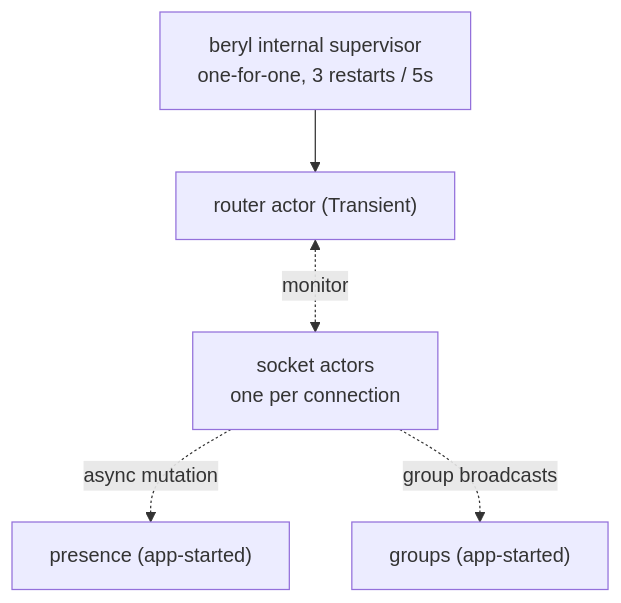
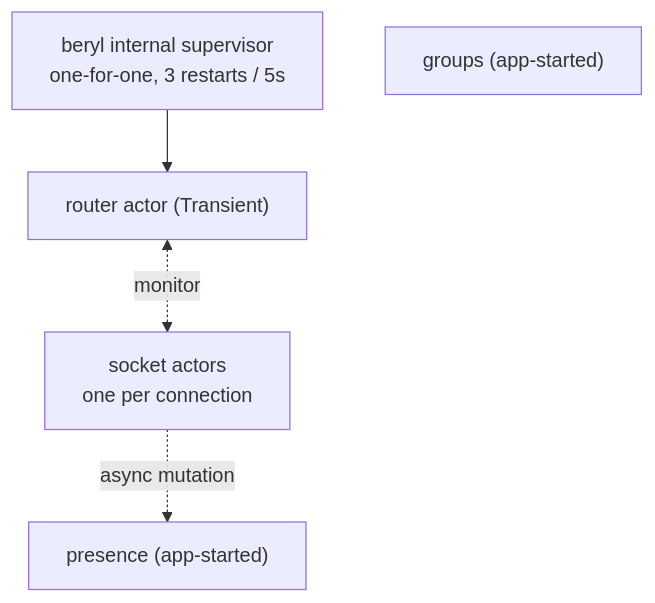
The second of 2 diagrams in website/src/content/docs/architecture/overview.md (tylerbutler/beryl), drawn with Mermaid before and after one commit. The commit also changed other lines of this file and 19 other files, not shown here.

````diff
--- a/website/src/content/docs/architecture/overview.md
+++ b/website/src/content/docs/architecture/overview.md
@@ -69,10 +69,9 @@
 ```mermaid
 flowchart TB
   S["beryl internal supervisor<br/>one-for-one, 3 restarts / 5s"]
   S --> RT["router actor (Transient)"]
   RT <-. "monitor" .-> SA["socket actors<br/>one per connection"]
   PR["presence (app-started)"]
   GR["groups (app-started)"]
   SA -. "async mutation" .-> PR
-  SA -. "group broadcasts" .-> GR
 ```
````
